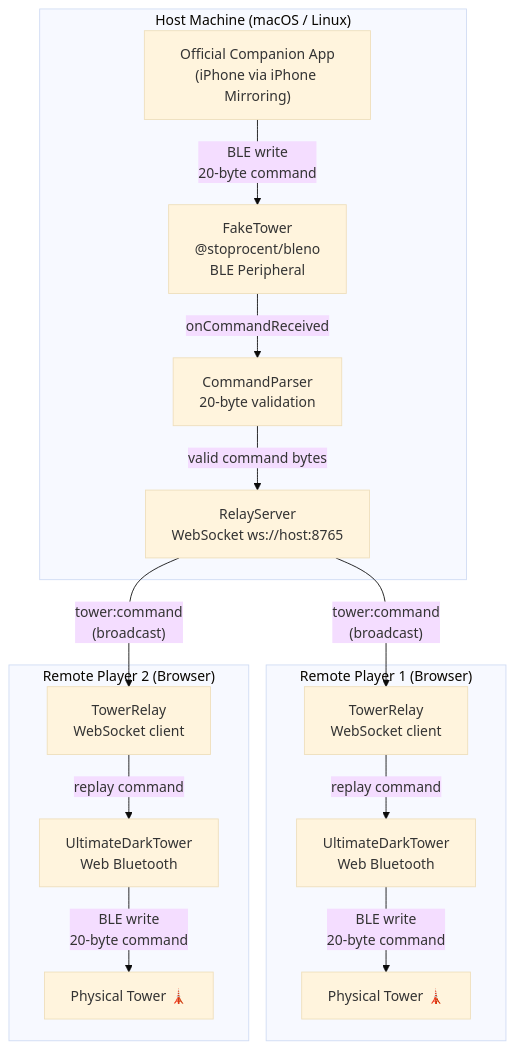
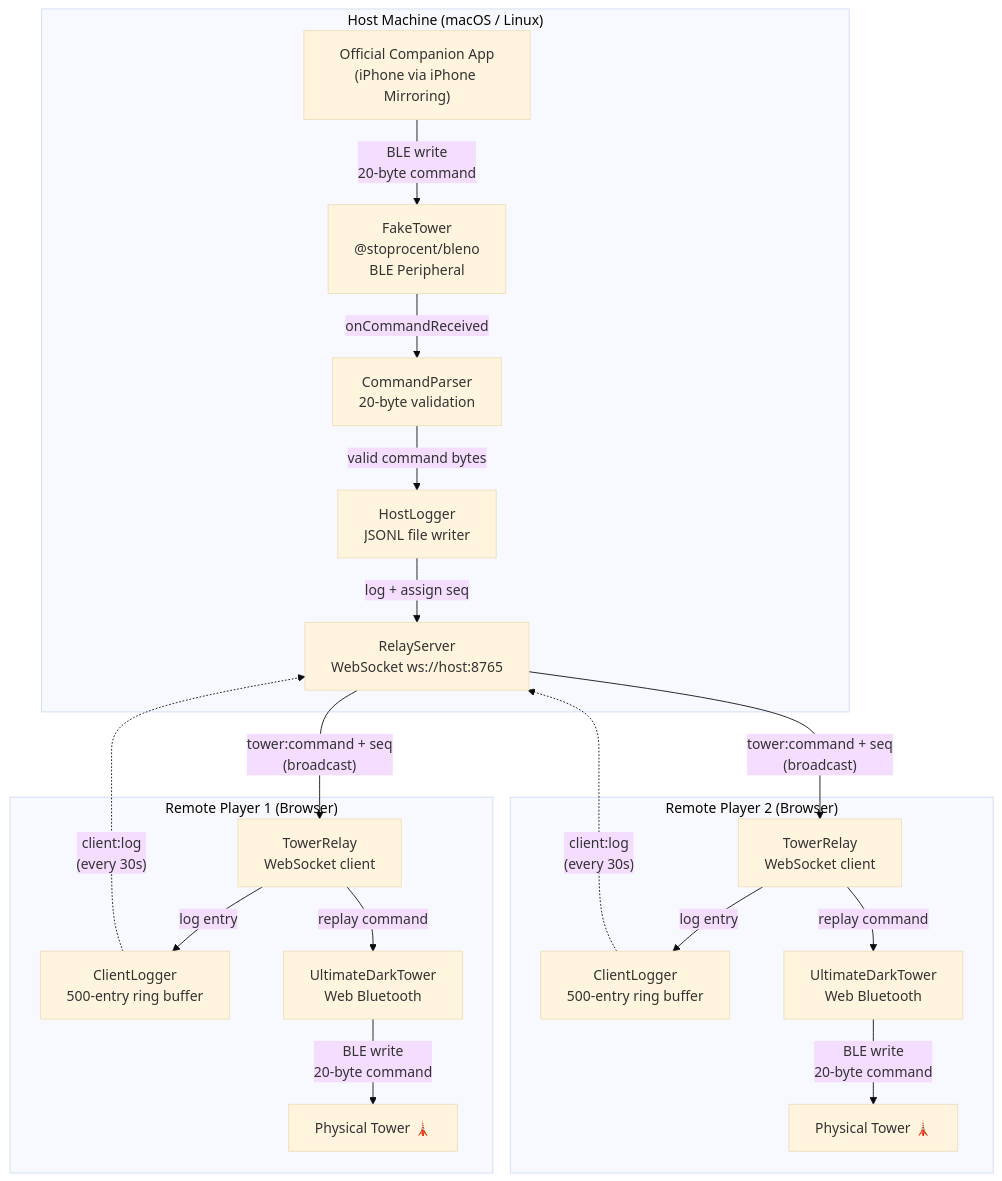
Before and after one commit to ChessMess/UltimateDarkTower: the diagram in docs/history/sync/ARCHITECTURE.md, drawn with Mermaid (base theme). The commit also changed other lines of this file and 27 other files, not shown here.

````diff
--- a/docs/history/sync/ARCHITECTURE.md
+++ b/docs/history/sync/ARCHITECTURE.md
@@ -9,34 +29,42 @@
 ```mermaid
 flowchart TD
     subgraph HOST["Host Machine (macOS / Linux)"]
         APP["Official Companion App\n(iPhone via iPhone Mirroring)"]
         FAKE["FakeTower\n@stoprocent/bleno\nBLE Peripheral"]
+        LOGGER["HostLogger\nJSONL file writer"]
         RELAY["RelayServer\nWebSocket ws://host:8765"]
         PARSER["CommandParser\n20-byte validation"]
 
         APP -->|"BLE write\n20-byte command"| FAKE
         FAKE -->|onCommandReceived| PARSER
-        PARSER -->|valid command bytes| RELAY
+        PARSER -->|valid command bytes| LOGGER
+        LOGGER -->|"log + assign seq"| RELAY
     end
 
     subgraph CLIENT1["Remote Player 1 (Browser)"]
         WS1["TowerRelay\nWebSocket client"]
+        CLOG1["ClientLogger\n500-entry ring buffer"]
         UDT1["UltimateDarkTower\nWeb Bluetooth"]
         TOWER1["Physical Tower 🗼"]
 
         WS1 -->|replay command| UDT1
+        WS1 -->|log entry| CLOG1
         UDT1 -->|"BLE write\n20-byte command"| TOWER1
     end
 
     subgraph CLIENT2["Remote Player 2 (Browser)"]
         WS2["TowerRelay\nWebSocket client"]
+        CLOG2["ClientLogger\n500-entry ring buffer"]
         UDT2["UltimateDarkTower\nWeb Bluetooth"]
         TOWER2["Physical Tower 🗼"]
 
         WS2 -->|replay command| UDT2
+        WS2 -->|log entry| CLOG2
         UDT2 -->|"BLE write\n20-byte command"| TOWER2
     end
 
-    RELAY -->|"tower:command\n(broadcast)"| WS1
-    RELAY -->|"tower:command\n(broadcast)"| WS2
+    RELAY -->|"tower:command + seq\n(broadcast)"| WS1
+    RELAY -->|"tower:command + seq\n(broadcast)"| WS2
+    CLOG1 -.->|"client:log\n(every 30s)"| RELAY
+    CLOG2 -.->|"client:log\n(every 30s)"| RELAY
 ```
````
